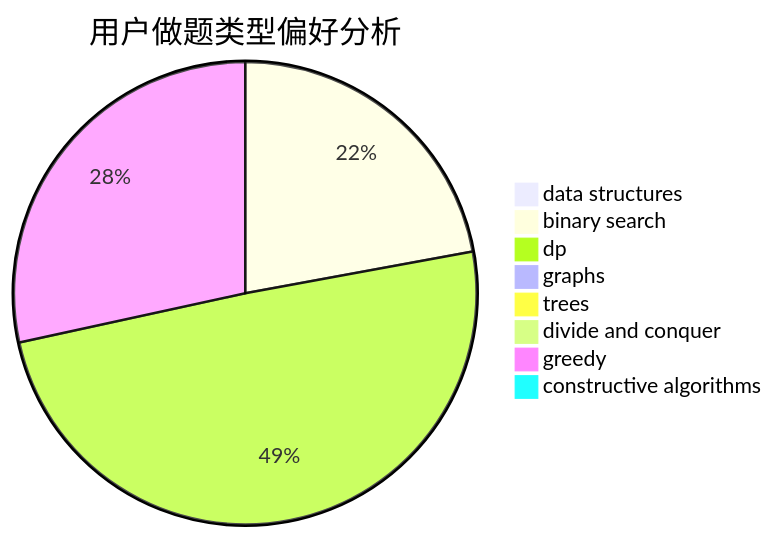
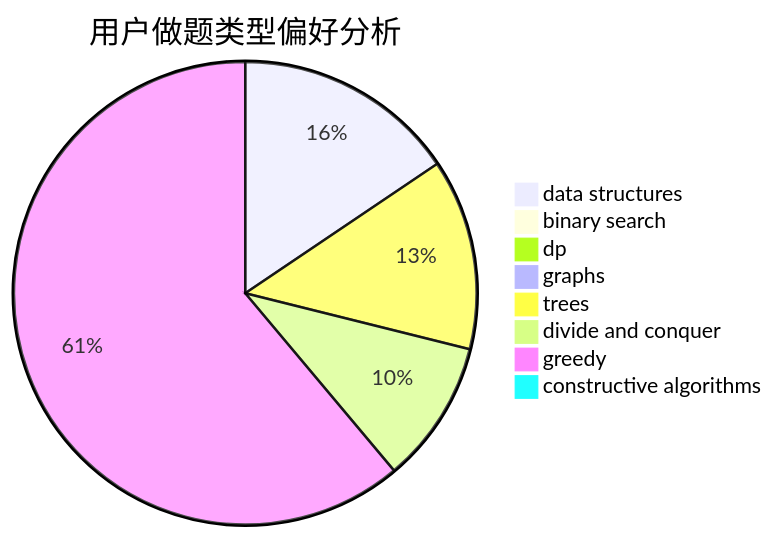
The second of 3 diagrams in docs/user/u216.md (sherpahu/cfrs.github.io), drawn with Mermaid before and after one commit. The commit also changed other lines of this file and 2770 other files, not shown here.

````diff
--- a/docs/user/u216.md
+++ b/docs/user/u216.md
@@ -23,11 +23,11 @@
 ```mermaid
 pie title 用户做题类型偏好分析
-    "data structures" :  0
-    "binary search" :  21
-    "dp" :  47
+    "data structures" :  14
+    "binary search" :  0
+    "dp" :  0
     "graphs" :  0
-    "trees" :  0
-    "divide and conquer" :  0
-    "greedy" :  27
+    "trees" :  12
+    "divide and conquer" :  9
+    "greedy" :  55
     "constructive algorithms" :  0
 ```
````
